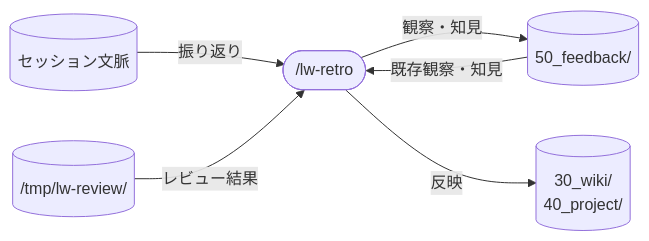
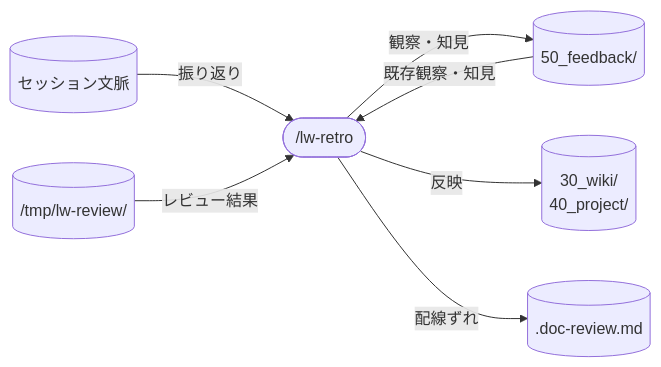
One commit to yu-takahas/llm-wiki-kit changed the diagram in docs/lw-kit/40_スキル設計/lw-kit-スキル設計-lw-retro.md. Above: the diagram before and after it, drawn with Mermaid. The commit also changed other lines of this file and 11 other files, not shown here.

````diff
--- a/docs/lw-kit/40_スキル設計/lw-kit-スキル設計-lw-retro.md
+++ b/docs/lw-kit/40_スキル設計/lw-kit-スキル設計-lw-retro.md
@@ -27,8 +27,9 @@
 ```mermaid
 graph LR
     session[("セッション文脈")] -->|"振り返り"| skill(["/lw-retro"])
     feedback[("50_feedback/")] -->|"既存観察・知見"| skill
     review[("/tmp/lw-review/")] -->|"レビュー結果"| skill
     skill -->|"観察・知見"| feedback
     skill -->|"反映"| wiki[("30_wiki/<br/>40_project/")]
+    skill -->|"配線ずれ"| decl[(".doc-review.md")]
 ```
````
